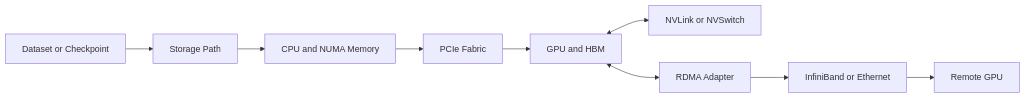
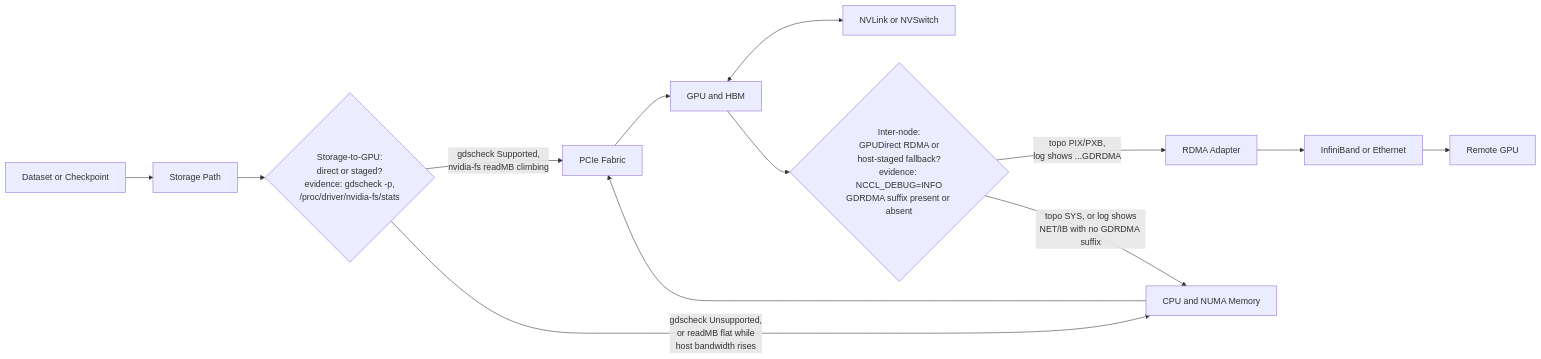
Before and after one commit to jithinpnjm/nvidia-devops: the first of 2 diagrams in docs/nvidia-zero-to-hero/volume-07/chapter-12-volume-07-summary.md, drawn with Mermaid. The commit also changed other lines of this file and 2 other files, not shown here.

````diff
--- a/docs/nvidia-zero-to-hero/volume-07/chapter-12-volume-07-summary.md
+++ b/docs/nvidia-zero-to-hero/volume-07/chapter-12-volume-07-summary.md
@@ -21,16 +21,24 @@
 ```mermaid
 flowchart LR
     Data[Dataset or Checkpoint]
     Storage[Storage Path]
+    Gate1{"Storage-to-GPU:<br/>direct or staged?<br/>evidence: gdscheck -p,<br/>/proc/driver/nvidia-fs/stats"}
     CPU[CPU and NUMA Memory]
     PCIe[PCIe Fabric]
     GPU[GPU and HBM]
     ScaleUp[NVLink or NVSwitch]
+    Gate2{"Inter-node:<br/>GPUDirect RDMA or<br/>host-staged fallback?<br/>evidence: NCCL_DEBUG=INFO<br/>GDRDMA suffix present or absent"}
     NIC[RDMA Adapter]
     ScaleOut[InfiniBand or Ethernet]
     Remote[Remote GPU]
 
-    Data --> Storage --> CPU --> PCIe --> GPU
+    Data --> Storage --> Gate1
+    Gate1 -->|"gdscheck Supported,<br/>nvidia-fs readMB climbing"| PCIe
+    Gate1 -->|"gdscheck Unsupported,<br/>or readMB flat while<br/>host bandwidth rises"| CPU --> PCIe
+    PCIe --> GPU
     GPU <--> ScaleUp
-    GPU <--> NIC --> ScaleOut --> Remote
+    GPU --> Gate2
+    Gate2 -->|"topo PIX/PXB,<br/>log shows ...GDRDMA"| NIC
+    Gate2 -->|"topo SYS, or log shows<br/>NET/IB with no GDRDMA suffix"| CPU
+    NIC --> ScaleOut --> Remote
 ```
````
